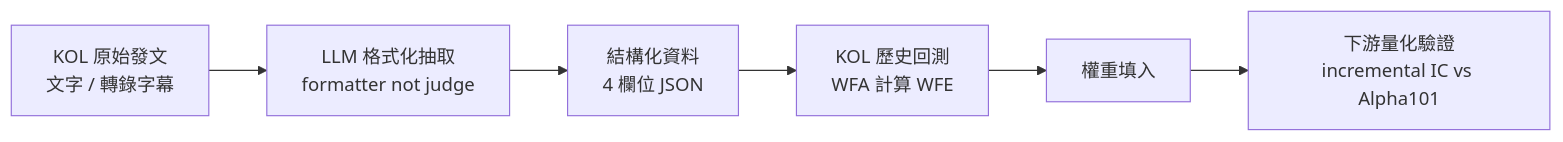
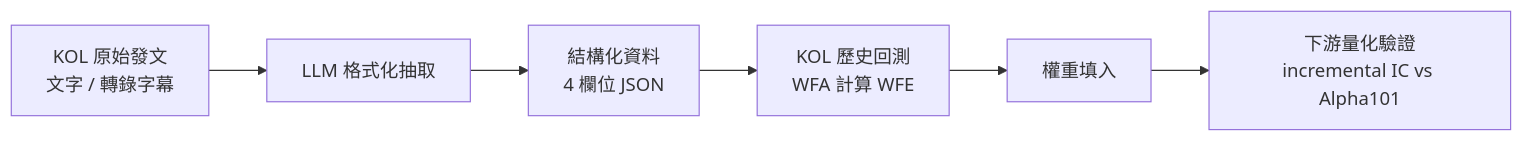
Before and after one commit to stantheman0128/quant: the diagram in docs/評審簡報_KOL量化平台_v4.md, drawn with Mermaid. The commit also changed other lines of this file, not shown here.

````diff
--- a/docs/評審簡報_KOL量化平台_v4.md
+++ b/docs/評審簡報_KOL量化平台_v4.md
@@ -98,8 +138,8 @@
 ```mermaid
 flowchart LR
-    A[KOL 原始發文<br/>文字 / 轉錄字幕] --> B[LLM 格式化抽取<br/>formatter not judge]
+    A[KOL 原始發文<br/>文字 / 轉錄字幕] --> B[LLM 格式化抽取]
     B --> C[結構化資料<br/>4 欄位 JSON]
     C --> D[KOL 歷史回測<br/>WFA 計算 WFE]
     D --> E[權重填入]
     E --> F[下游量化驗證<br/>incremental IC vs Alpha101]
 ```
````
